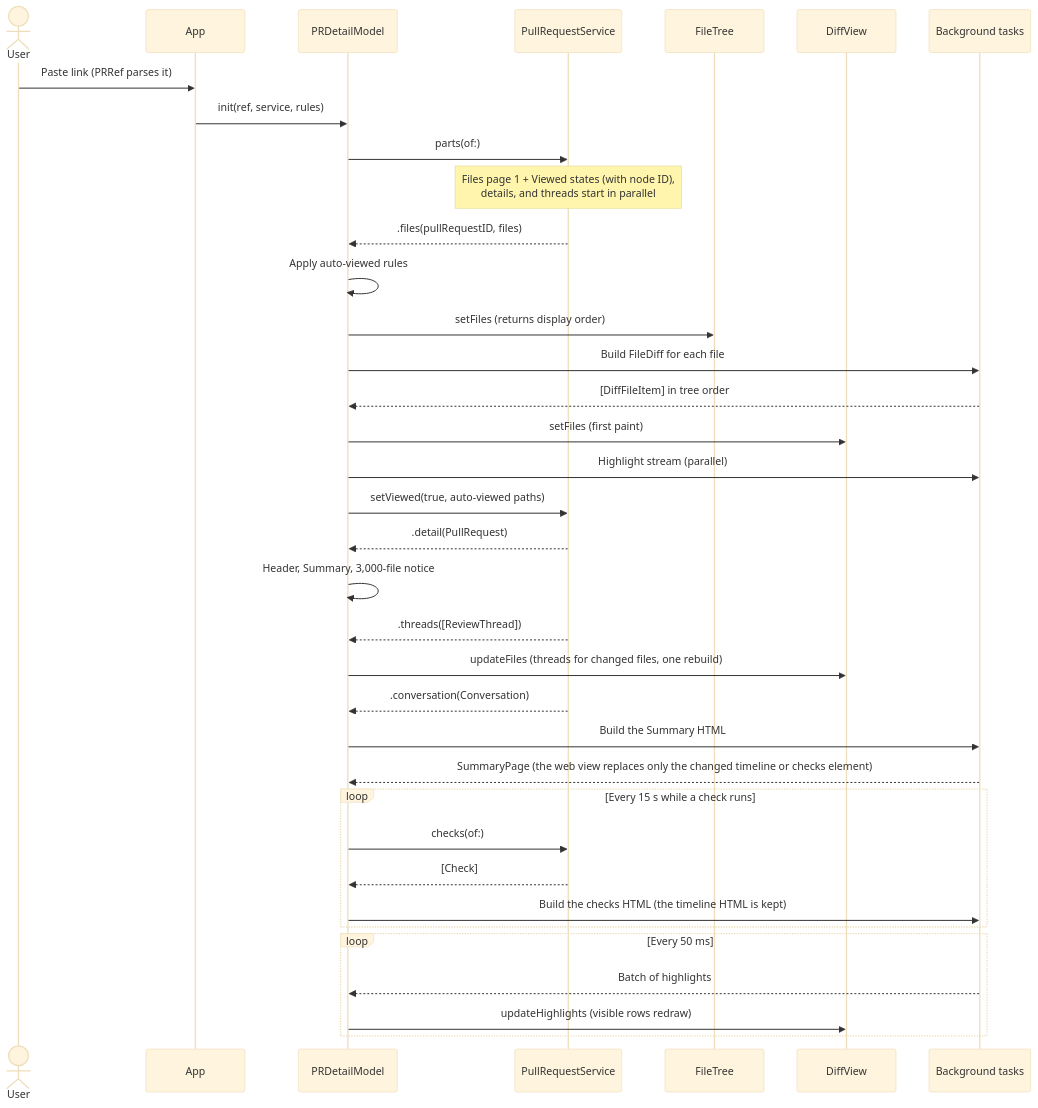
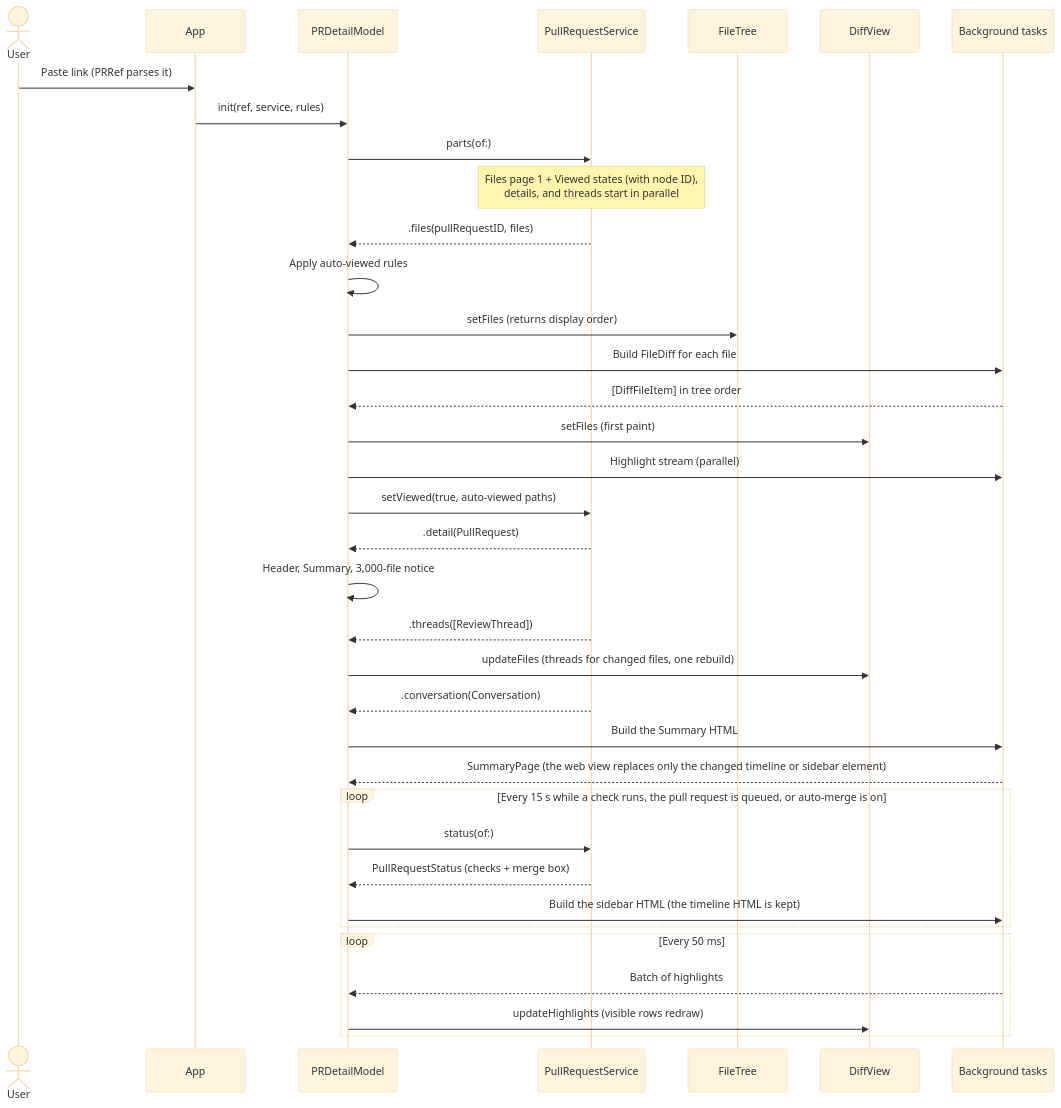
The second of 5 diagrams in docs/architecture.md (khoitran19/yuzu), drawn with Mermaid (base theme) before and after one commit. The commit also changed other lines of this file and 35 other files, not shown here.

First line of the commit message:
feat(summary): add review, merge, and draft actions in a pinned sidebar

````diff
--- a/docs/architecture.md
+++ b/docs/architecture.md
@@ -54,39 +54,39 @@
 ```mermaid
 sequenceDiagram
     actor User
     participant App
     participant Model as PRDetailModel
     participant Service as PullRequestService
     participant Tree as FileTree
     participant Diff as DiffView
     participant BG as Background tasks
 
     User->>App: Paste link (PRRef parses it)
     App->>Model: init(ref, service, rules)
     Model->>Service: parts(of:)
     Note over Service: Files page 1 + Viewed states (with node ID),<br/>details, and threads start in parallel
     Service-->>Model: .files(pullRequestID, files)
     Model->>Model: Apply auto-viewed rules
     Model->>Tree: setFiles (returns display order)
     Model->>BG: Build FileDiff for each file
     BG-->>Model: [DiffFileItem] in tree order
     Model->>Diff: setFiles (first paint)
     Model->>BG: Highlight stream (parallel)
     Model->>Service: setViewed(true, auto-viewed paths)
     Service-->>Model: .detail(PullRequest)
     Model->>Model: Header, Summary, 3,000-file notice
     Service-->>Model: .threads([ReviewThread])
     Model->>Diff: updateFiles (threads for changed files, one rebuild)
     Service-->>Model: .conversation(Conversation)
     Model->>BG: Build the Summary HTML
-    BG-->>Model: SummaryPage (the web view replaces only the changed timeline or checks element)
-    loop Every 15 s while a check runs
-        Model->>Service: checks(of:)
-        Service-->>Model: [Check]
-        Model->>BG: Build the checks HTML (the timeline HTML is kept)
+    BG-->>Model: SummaryPage (the web view replaces only the changed timeline or sidebar element)
+    loop Every 15 s while a check runs, the pull request is queued, or auto-merge is on
+        Model->>Service: status(of:)
+        Service-->>Model: PullRequestStatus (checks + merge box)
+        Model->>BG: Build the sidebar HTML (the timeline HTML is kept)
     end
     loop Every 50 ms
         BG-->>Model: Batch of highlights
         Model->>Diff: updateHighlights (visible rows redraw)
     end
 ```
````
